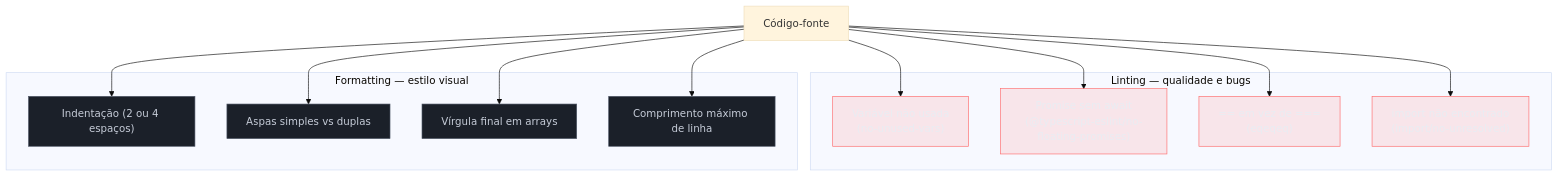
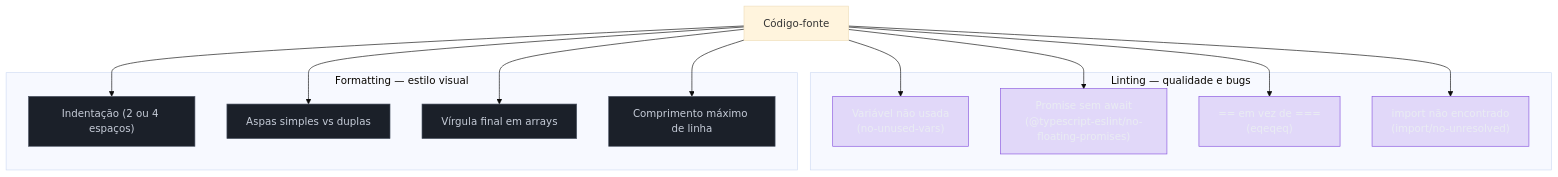
Before and after one commit to josenaldo/codex-technomanticus: the first of 8 diagrams in 03-Dominios/Tecnologia/Tooling e Build/16 - Linting, formatting e git hooks.md, drawn with Mermaid (base theme). The commit also changed other lines of this file and 601 other files, not shown here.

````diff
--- a/03-Dominios/Tecnologia/Tooling e Build/16 - Linting, formatting e git hooks.md
+++ b/03-Dominios/Tecnologia/Tooling e Build/16 - Linting, formatting e git hooks.md
@@ -37,32 +37,32 @@
 ```mermaid
 graph TD
-    classDef falha fill:#FF6B6B24,stroke:#FF6B6B,color:#E9ECF2
+    classDef marca fill:#8855DF33,stroke:#8855DF,color:#E9ECF2
     classDef neutro fill:#1B2029,stroke:#4E5666,color:#C6CCD8
     SRC["Código-fonte"]
 
     subgraph "Linting — qualidade e bugs"
         L1["Variável não usada\n(no-unused-vars)"]
         L2["Promise sem await\n(@typescript-eslint/no-floating-promises)"]
         L3["== em vez de ===\n(eqeqeq)"]
         L4["import não encontrado\n(import/no-unresolved)"]
     end
 
     subgraph "Formatting — estilo visual"
         F1["Indentação (2 ou 4 espaços)"]
         F2["Aspas simples vs duplas"]
         F3["Vírgula final em arrays"]
         F4["Comprimento máximo de linha"]
     end
 
     SRC --> L1 & L2 & L3 & L4
     SRC --> F1 & F2 & F3 & F4
 
-    class L1 falha
-    class L2 falha
-    class L3 falha
-    class L4 falha
+    class L1 marca
+    class L2 marca
+    class L3 marca
+    class L4 marca
     class F1 neutro
     class F2 neutro
     class F3 neutro
     class F4 neutro
 ```
````
